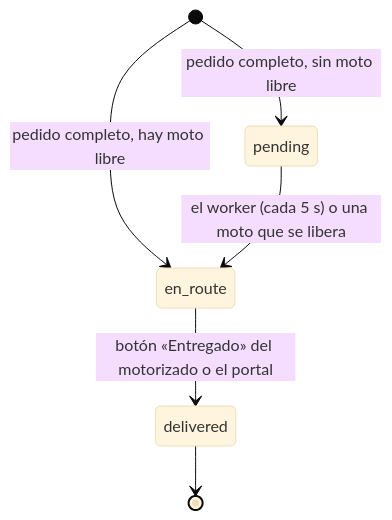
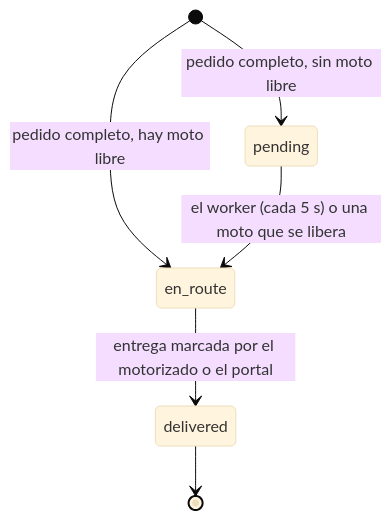
The sixth of 7 diagrams in docs/INFRAESTRUCTURA.md (clapi-labs/clapi-dispatch), drawn with Mermaid (base theme) before and after one commit. The commit also changed other lines of this file and 64 other files, not shown here.

First line of the commit message:
Flujo del domiciliario y asignación con el algoritmo: mensajes guiados, estados en el portal, portería, recordatorios, cliente que no contesta, GPS, modo auto del engine y asignación a mano

````diff
--- a/docs/INFRAESTRUCTURA.md
+++ b/docs/INFRAESTRUCTURA.md
@@ -239,8 +239,8 @@
 ```mermaid
 stateDiagram-v2
     [*] --> pending: pedido completo, sin moto libre
     [*] --> en_route: pedido completo, hay moto libre
     pending --> en_route: el worker (cada 5 s) o una moto que se libera
-    en_route --> delivered: botón «Entregado» del motorizado o el portal
+    en_route --> delivered: entrega marcada por el motorizado o el portal
     delivered --> [*]
 ```
````
